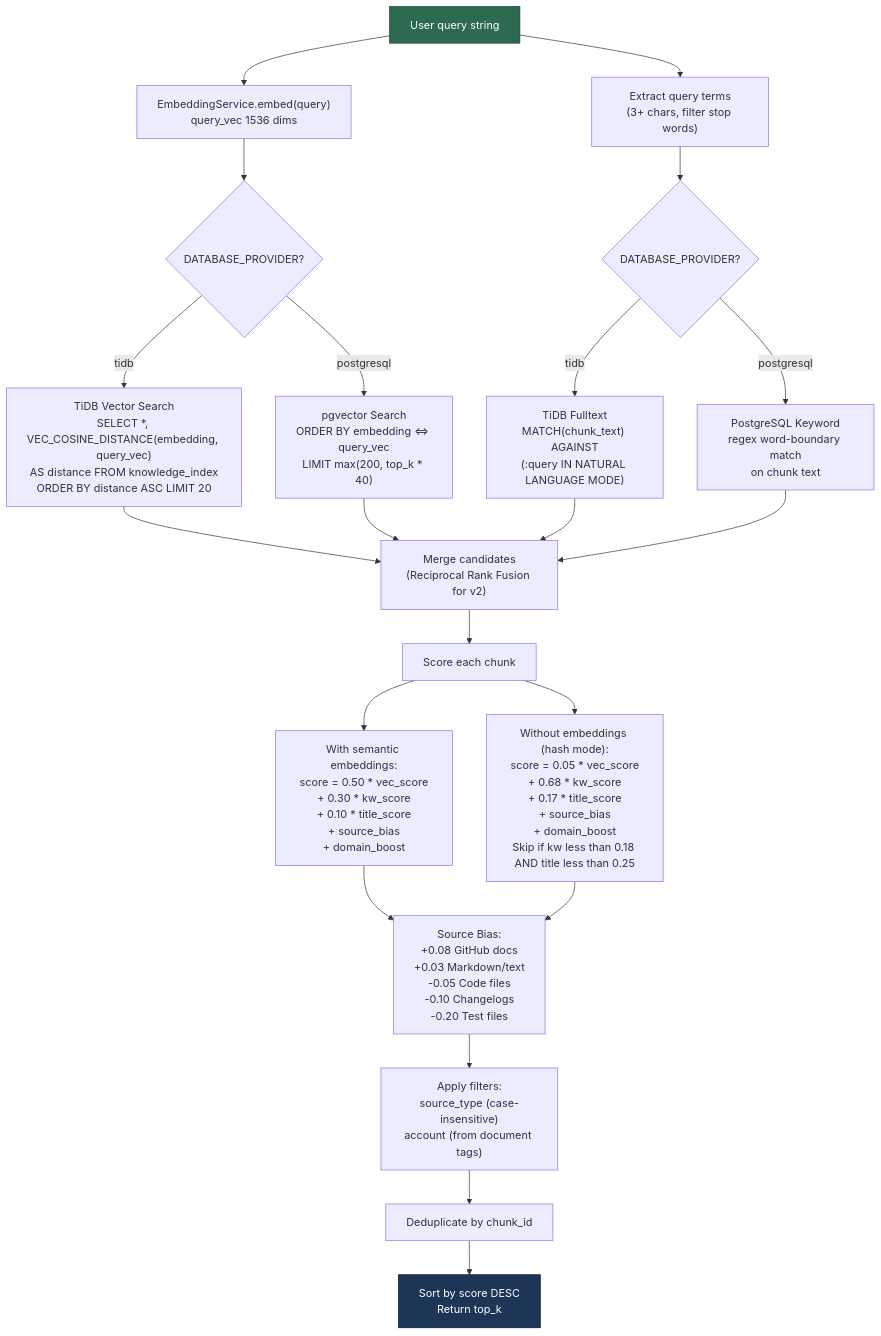
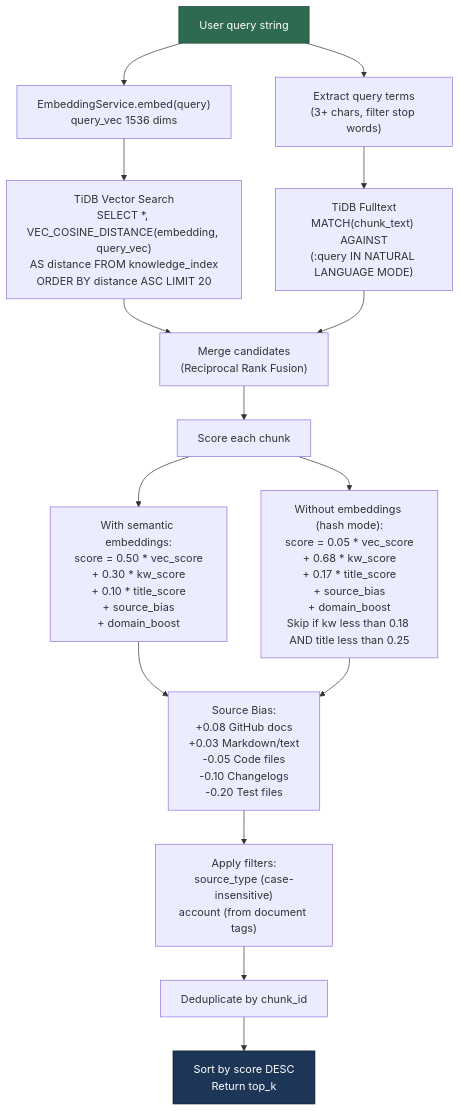
Before and after one commit to stephenlthorn/gtm-copilot-oss: the sixth of 9 diagrams in README.md, drawn with Mermaid. The commit also changed other lines of this file, not shown here.

First line of the commit message:
Remove all PostgreSQL references — TiDB Cloud is sole database

````diff
--- a/README.md
+++ b/README.md
@@ -312,37 +311,31 @@
 ```mermaid
 flowchart TB
     QUERY["User query string"]
 
     QUERY --> EMBED_Q["EmbeddingService.embed(query)<br/>query_vec 1536 dims"]
     QUERY --> EXTRACT["Extract query terms<br/>(3+ chars, filter stop words)"]
 
-    EMBED_Q --> VEC_DB{DATABASE_PROVIDER?}
-    VEC_DB -->|tidb| VEC_TIDB["TiDB Vector Search<br/>SELECT *, VEC_COSINE_DISTANCE(embedding, query_vec)<br/>AS distance FROM knowledge_index<br/>ORDER BY distance ASC LIMIT 20"]
-    VEC_DB -->|postgresql| VEC_PG["pgvector Search<br/>ORDER BY embedding <=> query_vec<br/>LIMIT max(200, top_k * 40)"]
-    EXTRACT --> KW_DB{DATABASE_PROVIDER?}
-    KW_DB -->|tidb| KW_TIDB["TiDB Fulltext<br/>MATCH(chunk_text) AGAINST<br/>(:query IN NATURAL LANGUAGE MODE)"]
-    KW_DB -->|postgresql| KW_PG["PostgreSQL Keyword<br/>regex word-boundary match<br/>on chunk text"]
+    EMBED_Q --> VEC_TIDB["TiDB Vector Search<br/>SELECT *, VEC_COSINE_DISTANCE(embedding, query_vec)<br/>AS distance FROM knowledge_index<br/>ORDER BY distance ASC LIMIT 20"]
+    EXTRACT --> KW_TIDB["TiDB Fulltext<br/>MATCH(chunk_text) AGAINST<br/>(:query IN NATURAL LANGUAGE MODE)"]
 
-    VEC_TIDB --> MERGE["Merge candidates<br/>(Reciprocal Rank Fusion for v2)"]
-    VEC_PG --> MERGE
+    VEC_TIDB --> MERGE["Merge candidates<br/>(Reciprocal Rank Fusion)"]
     KW_TIDB --> MERGE
-    KW_PG --> MERGE
 
     MERGE --> SCORE["Score each chunk"]
 
     SCORE --> FORMULA["With semantic embeddings:<br/>score = 0.50 * vec_score<br/>+ 0.30 * kw_score<br/>+ 0.10 * title_score<br/>+ source_bias<br/>+ domain_boost"]
 
     SCORE --> FORMULA2["Without embeddings (hash mode):<br/>score = 0.05 * vec_score<br/>+ 0.68 * kw_score<br/>+ 0.17 * title_score<br/>+ source_bias<br/>+ domain_boost<br/>Skip if kw less than 0.18 AND title less than 0.25"]
 
     FORMULA --> BIAS["Source Bias:<br/>+0.08 GitHub docs<br/>+0.03 Markdown/text<br/>-0.05 Code files<br/>-0.10 Changelogs<br/>-0.20 Test files"]
 
     FORMULA2 --> BIAS
 
     BIAS --> FILTER["Apply filters:<br/>source_type (case-insensitive)<br/>account (from document tags)"]
 
     FILTER --> DEDUP["Deduplicate by chunk_id"]
     DEDUP --> SORT["Sort by score DESC<br/>Return top_k"]
 
     style QUERY fill:#2d6a4f,stroke:#1b4332,color:#fff
     style SORT fill:#1d3557,stroke:#0d1b2a,color:#fff
 ```
````
